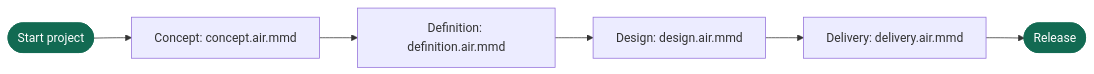
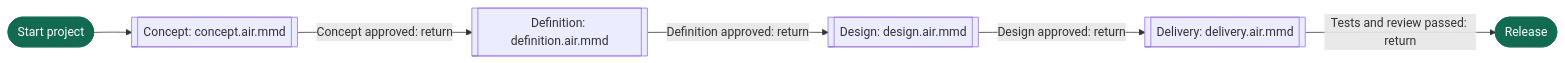
The diagram in docs/airflow/flows/project.air.mmd (vanlangenlabs/vanlangenlabs-site), drawn with Mermaid before and after one commit. The commit also changed 5 other files, not shown here.

```diff
--- a/docs/airflow/flows/project.air.mmd
+++ b/docs/airflow/flows/project.air.mmd
@@ -1,9 +1,9 @@
 flowchart LR
-    start([Start project]) --> concept["Concept: concept.air.mmd"]
-    concept --> definition["Definition: definition.air.mmd"]
-    definition --> design["Design: design.air.mmd"]
-    design --> delivery["Delivery: delivery.air.mmd"]
-    delivery --> release([Release])
+    start([Start project]) --> concept[["Concept: concept.air.mmd"]]
+    concept -- Concept approved: return --> definition[["Definition: definition.air.mmd"]]
+    definition -- Definition approved: return --> design[["Design: design.air.mmd"]]
+    design -- Design approved: return --> delivery[["Delivery: delivery.air.mmd"]]
+    delivery -- Tests and review passed: return --> release([Release])
 
     classDef boundary fill:#126a52,color:#ffffff,stroke:#126a52
     class start,release boundary
```
